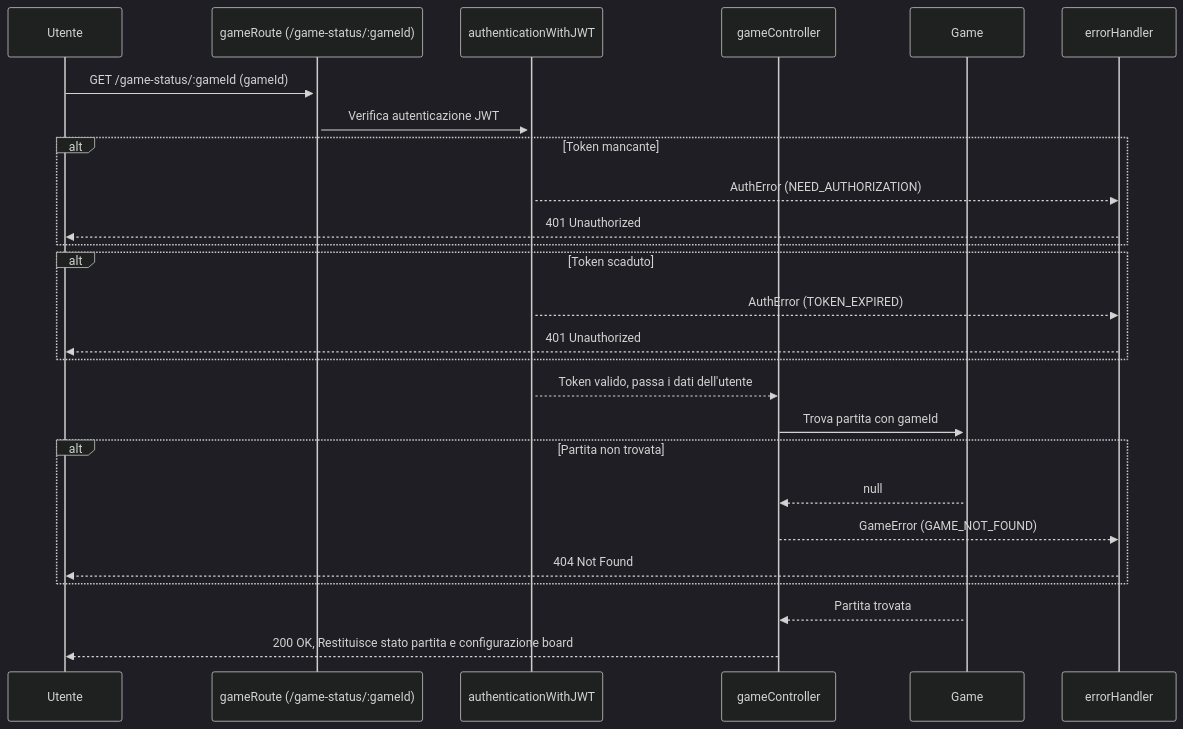
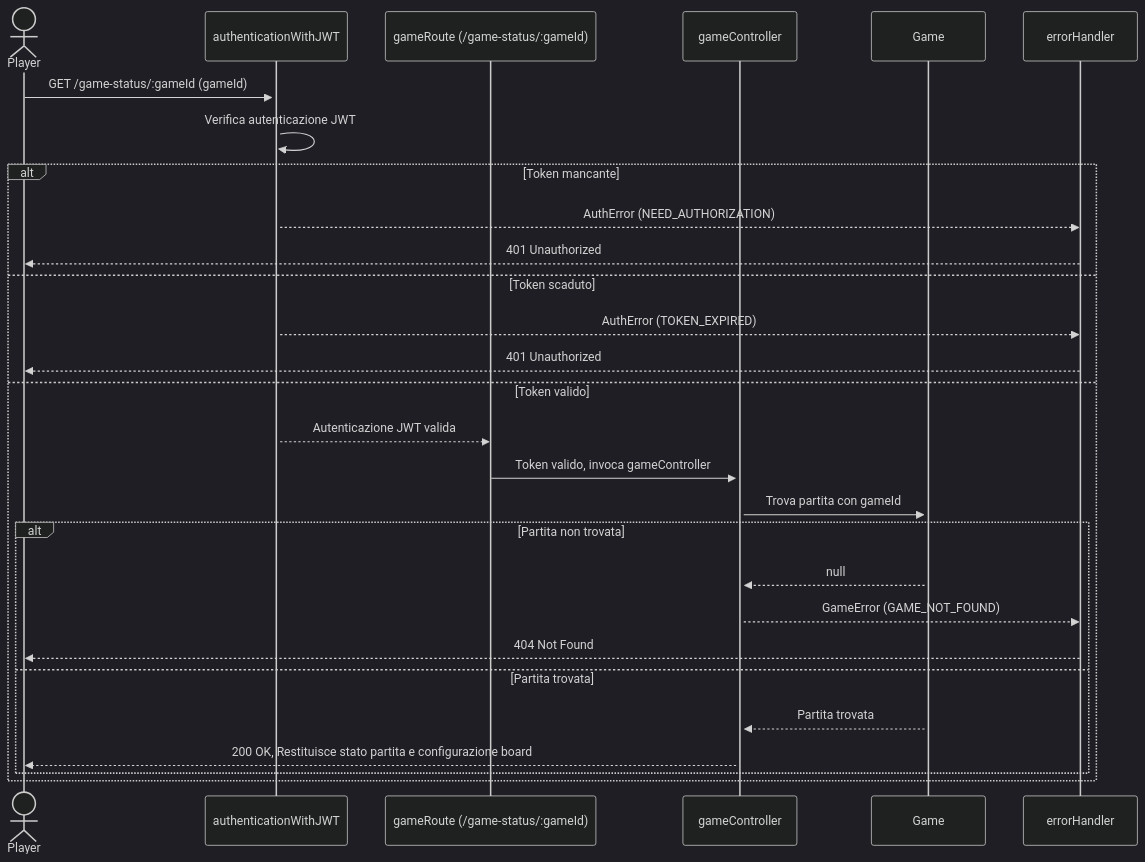
One commit to AndreaMarini01/progetto_PA changed the ninth of 12 diagrams in README.md. Above: the diagram before and after it, drawn with Mermaid (dark theme). The commit also changed other lines of this file, not shown here.

Commit message:
Revisione README fino a diagramma ER

````diff
--- a/README.md
+++ b/README.md
@@ -613,35 +627,35 @@
 ```mermaid
 sequenceDiagram
-    participant User as Utente
+    actor Player as Player
+    participant JWTMiddleware as authenticationWithJWT
     participant GameRoute as gameRoute (/game-status/:gameId)
-    participant JWTMiddleware as authenticationWithJWT
     participant Controller as gameController
     participant Model as Game
     participant ErrorHandler as errorHandler
 
-    User->>+GameRoute: GET /game-status/:gameId (gameId)
-    GameRoute->>+JWTMiddleware: Verifica autenticazione JWT
+    Player->>+JWTMiddleware: GET /game-status/:gameId (gameId)
+    JWTMiddleware->>JWTMiddleware: Verifica autenticazione JWT
 
     alt Token mancante
         JWTMiddleware-->>ErrorHandler: AuthError (NEED_AUTHORIZATION)
-        ErrorHandler-->>User: 401 Unauthorized
+        ErrorHandler-->>Player: 401 Unauthorized
+    else Token scaduto
+        JWTMiddleware-->>ErrorHandler: AuthError (TOKEN_EXPIRED)
+        ErrorHandler-->>Player: 401 Unauthorized
+    else Token valido
+        JWTMiddleware-->>GameRoute: Autenticazione JWT valida
+        GameRoute->>+Controller: Token valido, invoca gameController
+
+        Controller->>+Model: Trova partita con gameId
+        alt Partita non trovata
+            Model-->>Controller: null
+            Controller-->>ErrorHandler: GameError (GAME_NOT_FOUND)
+            ErrorHandler-->>Player: 404 Not Found
+        else Partita trovata
+            Model-->>Controller: Partita trovata
+            Controller-->>Player: 200 OK, Restituisce stato partita e configurazione board
+        end
     end
 
-    alt Token scaduto
-        JWTMiddleware-->>ErrorHandler: AuthError (TOKEN_EXPIRED)
-        ErrorHandler-->>User: 401 Unauthorized
-    end
-
-    JWTMiddleware-->>Controller: Token valido, passa i dati dell'utente
-
-    Controller->>+Model: Trova partita con gameId
-    alt Partita non trovata
-        Model-->>Controller: null
-        Controller-->>ErrorHandler: GameError (GAME_NOT_FOUND)
-        ErrorHandler-->>User: 404 Not Found
-    end
-
-    Model-->>Controller: Partita trovata
-    Controller-->>User: 200 OK, Restituisce stato partita e configurazione board
 
 ```
````
